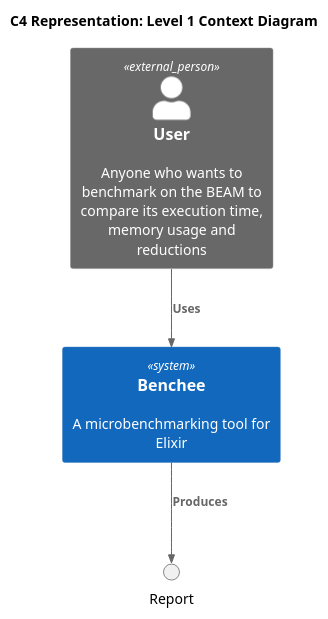
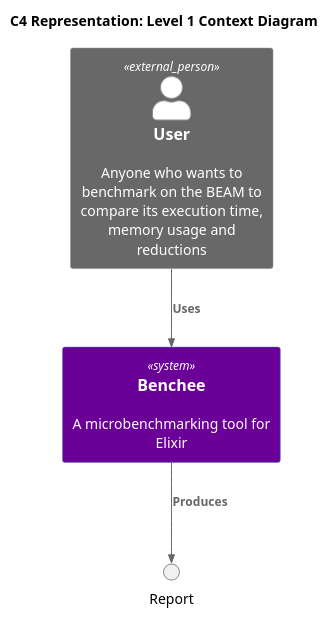
The diagram in diagrams/context.pu (bencheeorg/benchee), drawn with PlantUML before and after one commit. The commit also changed 2 other files, not shown here.

Commit message:
Purplize diagrams

```diff
--- a/diagrams/context.pu
+++ b/diagrams/context.pu
@@ -1,13 +1,20 @@
 @startuml context
 !include <C4/C4_Container>
 !include <C4/C4_Component>
+
+<style>
+.system {
+    BackGroundColor:   #6b0099;
+  }
+
+</style>
 
 title C4 Representation: Level 1 Context Diagram
 
 Person_Ext(User, "User", "Anyone who wants to benchmark on the BEAM to compare its execution time, memory usage and reductions")
 
 System(Benchee, "Benchee", "A microbenchmarking tool for Elixir")
 
 Rel(User, Benchee, "Uses")
 Rel(Benchee, Report, "Produces")
 @enduml
```
